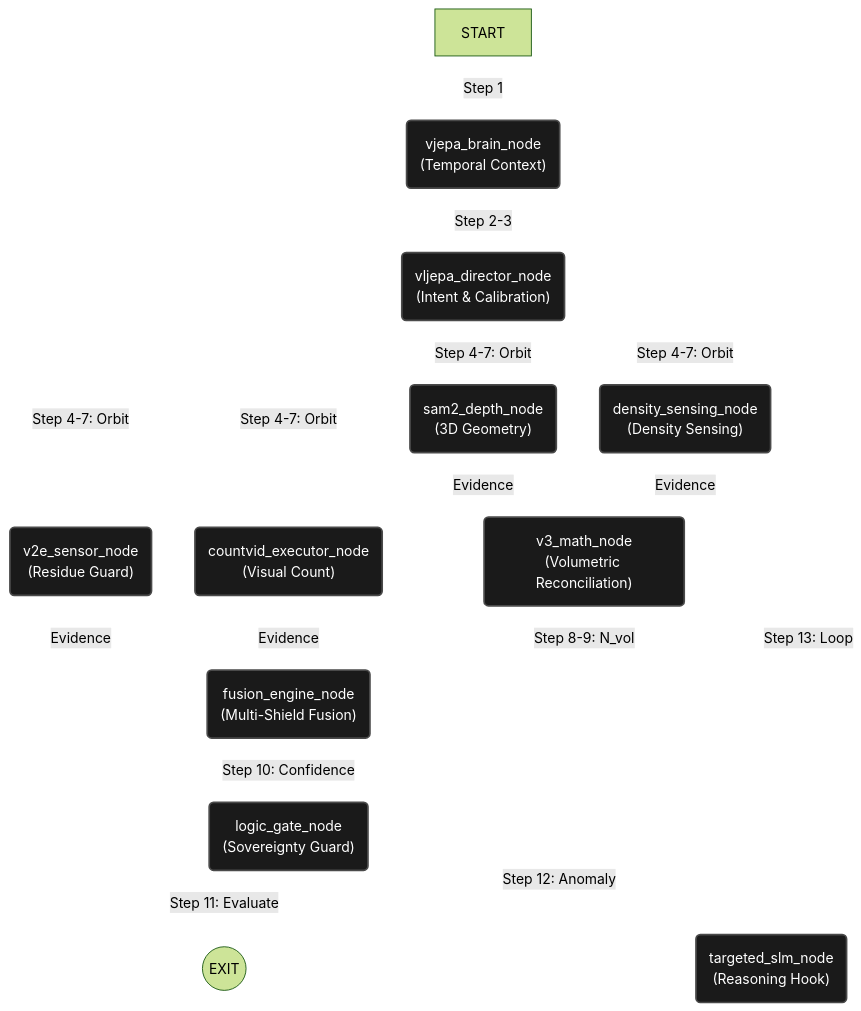
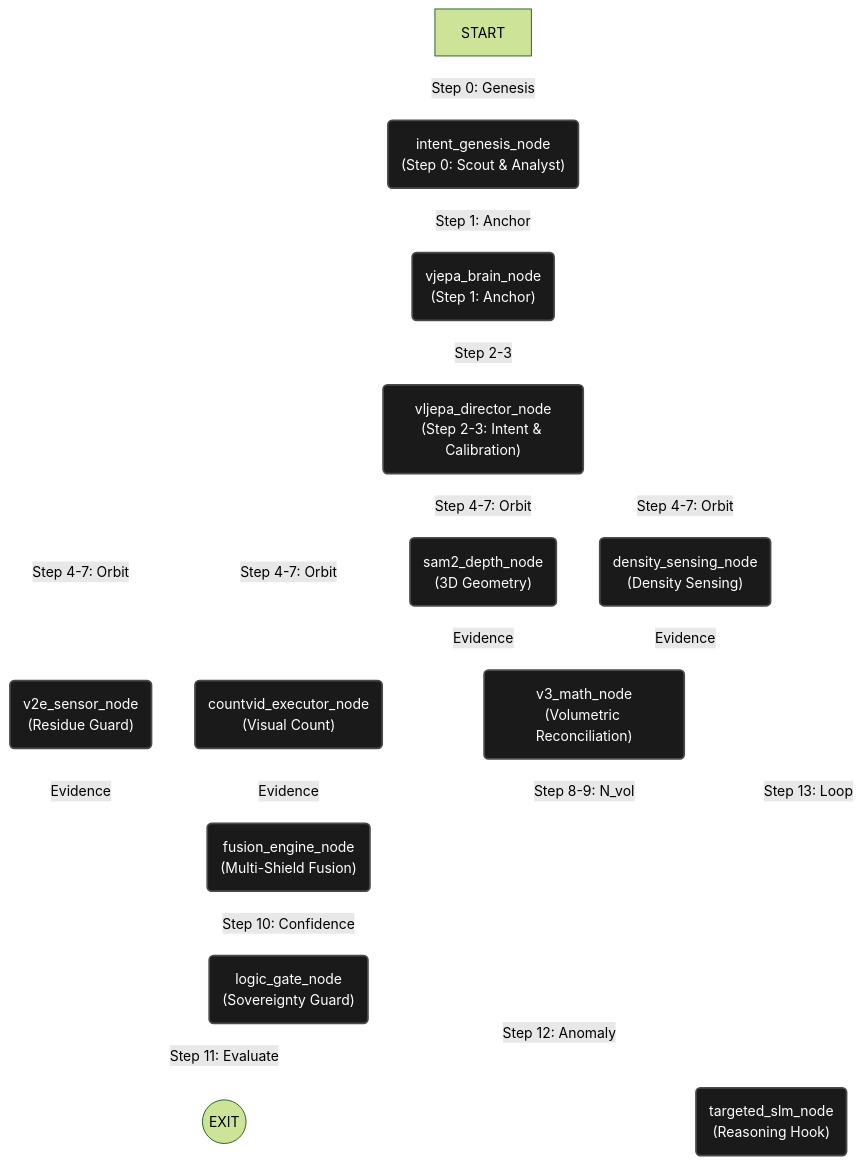
Before and after one commit to Yonnnnnnnnn/numeri-vjepa-experiment: the diagram in Architecture_Diagram.md, drawn with Mermaid (forest theme). The commit also changed 9 other files, not shown here.

Commit message:
feat: implement V3.3 Recursive Intent (Intent Genesis, Golden Alpha Calibrator, Contra Intent Immunity)

````diff
--- a/Architecture_Diagram.md
+++ b/Architecture_Diagram.md
@@ -27,38 +27,41 @@
 ```mermaid
 graph TD
     %% Define Objects (Nodes)
-    vjepa_brain_node("vjepa_brain_node<br>(Temporal Context)")
-    vljepa_director_node("vljepa_director_node<br>(Intent & Calibration)")
+    %% Define Objects (Nodes)
+    intent_genesis_node("intent_genesis_node<br>(Step 0: Scout & Analyst)")
+    vjepa_brain_node("vjepa_brain_node<br>(Step 1: Anchor)")
+    vljepa_director_node("vljepa_director_node<br>(Step 2-3: Intent & Calibration)")
     v2e_sensor_node("v2e_sensor_node<br>(Residue Guard)")
     sam2_depth_node("sam2_depth_node<br>(3D Geometry)")
     density_sensing_node("density_sensing_node<br>(Density Sensing)")
     countvid_executor_node("countvid_executor_node<br>(Visual Count)")
     v3_math_node("v3_math_node<br>(Volumetric Reconciliation)")
     fusion_engine_node("fusion_engine_node<br>(Multi-Shield Fusion)")
     logic_gate_node("logic_gate_node<br>(Sovereignty Guard)")
     targeted_slm_node("targeted_slm_node<br>(Reasoning Hook)")
 
-    %% Define Sovereignty Flow (13-Step)
-    START["START"] -- "Step 1" --> vjepa_brain_node
+    %% Define Sovereignty Flow (14-Step Recursive)
+    START["START"] -- "Step 0: Genesis" --> intent_genesis_node
+    intent_genesis_node -- "Step 1: Anchor" --> vjepa_brain_node
     vjepa_brain_node -- "Step 2-3" --> vljepa_director_node
     vljepa_director_node -- "Step 4-7: Orbit" --> v2e_sensor_node
     vljepa_director_node -- "Step 4-7: Orbit" --> sam2_depth_node
     vljepa_director_node -- "Step 4-7: Orbit" --> density_sensing_node
     vljepa_director_node -- "Step 4-7: Orbit" --> countvid_executor_node
 
     v2e_sensor_node -- "Evidence" --> fusion_engine_node
     sam2_depth_node -- "Evidence" --> v3_math_node
     density_sensing_node -- "Evidence" --> v3_math_node
     countvid_executor_node -- "Evidence" --> fusion_engine_node
 
     v3_math_node -- "Step 8-9: N_vol" --> fusion_engine_node
     fusion_engine_node -- "Step 10: Confidence" --> logic_gate_node
     logic_gate_node -- "Step 11: Evaluate" --> EXIT((EXIT))
     logic_gate_node -- "Step 12: Anomaly" --> targeted_slm_node
     targeted_slm_node -- "Step 13: Loop" --> vljepa_director_node
 
     %% Styling
     linkStyle default stroke-width:2px,fill:none,stroke:white;
     classDef object fill:#1a1a1a,stroke:#4a4a4a,stroke-width:2px,color:white;
-    class vjepa_brain_node,vljepa_director_node,v2e_sensor_node,sam2_depth_node,density_sensing_node,countvid_executor_node,v3_math_node,fusion_engine_node,logic_gate_node,targeted_slm_node object;
+    class intent_genesis_node,vjepa_brain_node,vljepa_director_node,v2e_sensor_node,sam2_depth_node,density_sensing_node,countvid_executor_node,v3_math_node,fusion_engine_node,logic_gate_node,targeted_slm_node object;
 ```
````
